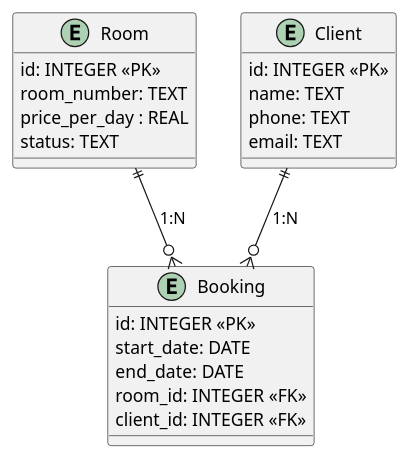
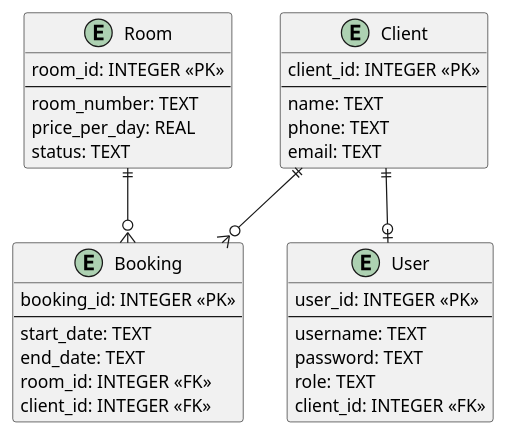
Before and after one commit to ryazanov7459-a11y/oteli: the diagram in docs/ER.puml, drawn with PlantUML. The commit also changed 7 other files, not shown here.

Commit message:
отшлифовал основную программы и ещё диаграммы переделал.

```diff
--- a/docs/ER.puml
+++ b/docs/ER.puml
@@ -1,23 +1,35 @@
 @startuml
 entity "Room" as Room {
-id: INTEGER <<PK>>
-room_number: TEXT
-price_per_day : REAL
-status: TEXT
+  room_id: INTEGER <<PK>>
+  --
+  room_number: TEXT
+  price_per_day: REAL
+  status: TEXT
 }
 entity "Client" as Client {
-id: INTEGER <<PK>>
-name: TEXT
-phone: TEXT
-email: TEXT
+  client_id: INTEGER <<PK>>
+  --
+  name: TEXT
+  phone: TEXT
+  email: TEXT
+}
+entity "User" as User {
+  user_id: INTEGER <<PK>>
+  --
+  username: TEXT
+  password: TEXT
+  role: TEXT
+  client_id: INTEGER <<FK>>
 }
 entity "Booking" as Booking {
-id: INTEGER <<PK>>
-start_date: DATE
-end_date: DATE
-room_id: INTEGER <<FK>>
-client_id: INTEGER <<FK>>
+  booking_id: INTEGER <<PK>>
+  --
+  start_date: TEXT
+  end_date: TEXT
+  room_id: INTEGER <<FK>>
+  client_id: INTEGER <<FK>>
 }
-Room||--o{Booking:"1:N"
-Client||--o{Booking:"1:N"
+Room ||--o{ Booking
+Client ||--o{ Booking
+Client ||--o| User
 @enduml
```
